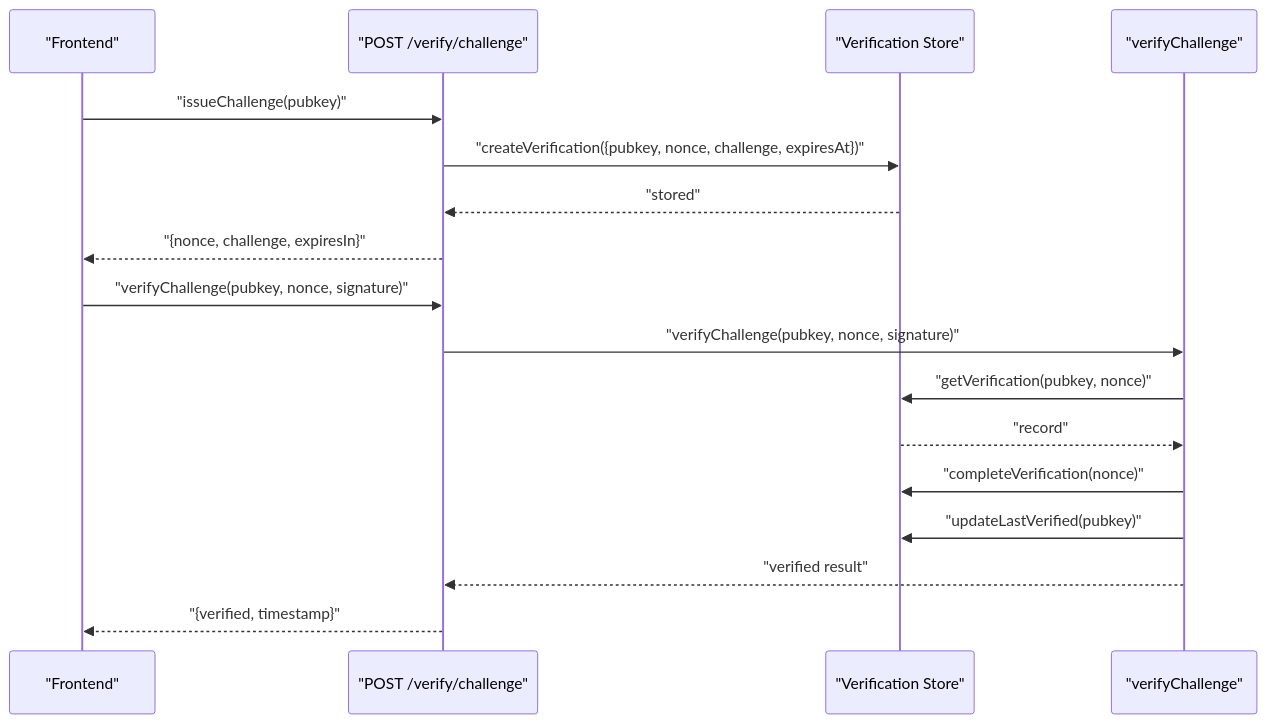
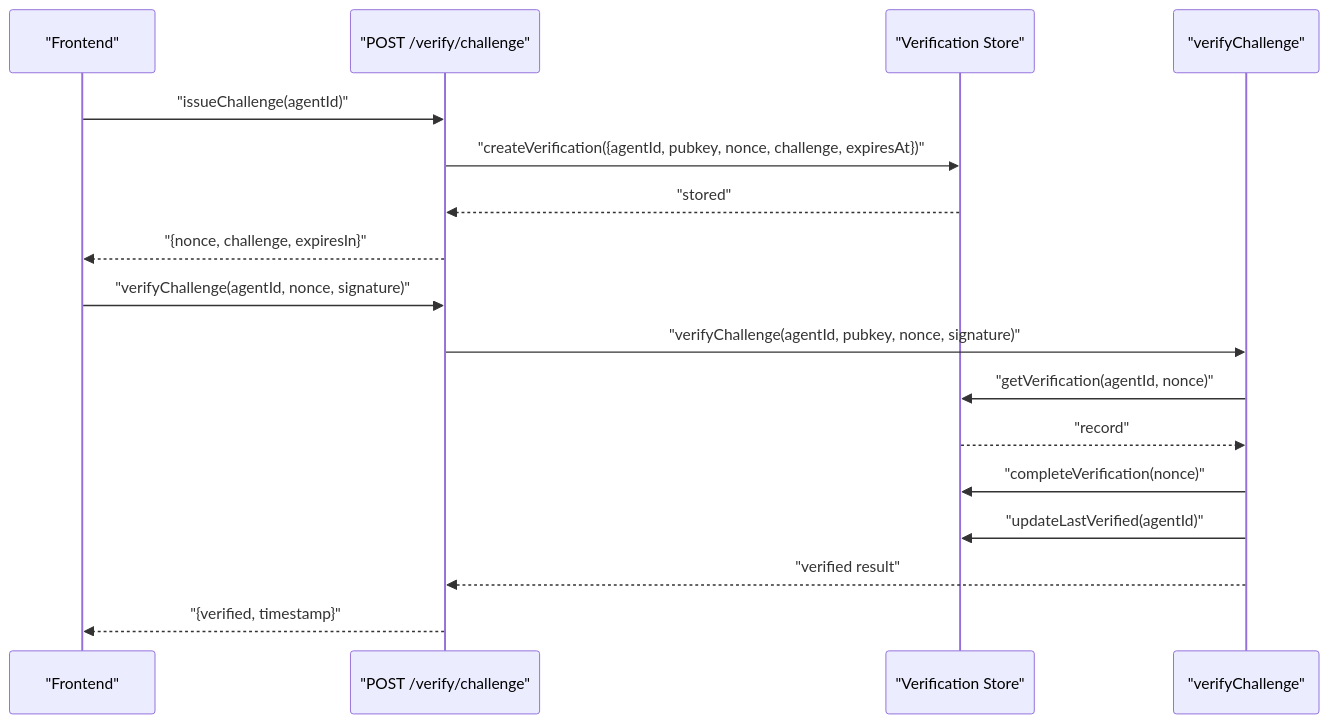
The fourth of 10 diagrams in .qoder/repowiki/en/content/Frontend Application/API Integration.md (RunTimeAdmin/AgentID), drawn with Mermaid before and after one commit. The commit also changed other lines of this file and 31 other files, not shown here.

````diff
--- a/.qoder/repowiki/en/content/Frontend Application/API Integration.md
+++ b/.qoder/repowiki/en/content/Frontend Application/API Integration.md
@@ -206,19 +231,19 @@
 ```mermaid
 sequenceDiagram
 participant FE as "Frontend"
 participant API as "POST /verify/challenge"
 participant DB as "Verification Store"
 participant VRFY as "verifyChallenge"
-FE->>API : "issueChallenge(pubkey)"
-API->>DB : "createVerification({pubkey, nonce, challenge, expiresAt})"
+FE->>API : "issueChallenge(agentId)"
+API->>DB : "createVerification({agentId, pubkey, nonce, challenge, expiresAt})"
 DB-->>API : "stored"
 API-->>FE : "{nonce, challenge, expiresIn}"
-FE->>API : "verifyChallenge(pubkey, nonce, signature)"
-API->>VRFY : "verifyChallenge(pubkey, nonce, signature)"
-VRFY->>DB : "getVerification(pubkey, nonce)"
+FE->>API : "verifyChallenge(agentId, nonce, signature)"
+API->>VRFY : "verifyChallenge(agentId, pubkey, nonce, signature)"
+VRFY->>DB : "getVerification(agentId, nonce)"
 DB-->>VRFY : "record"
 VRFY->>DB : "completeVerification(nonce)"
-VRFY->>DB : "updateLastVerified(pubkey)"
+VRFY->>DB : "updateLastVerified(agentId)"
 VRFY-->>API : "verified result"
 API-->>FE : "{verified, timestamp}"
 ```
````
